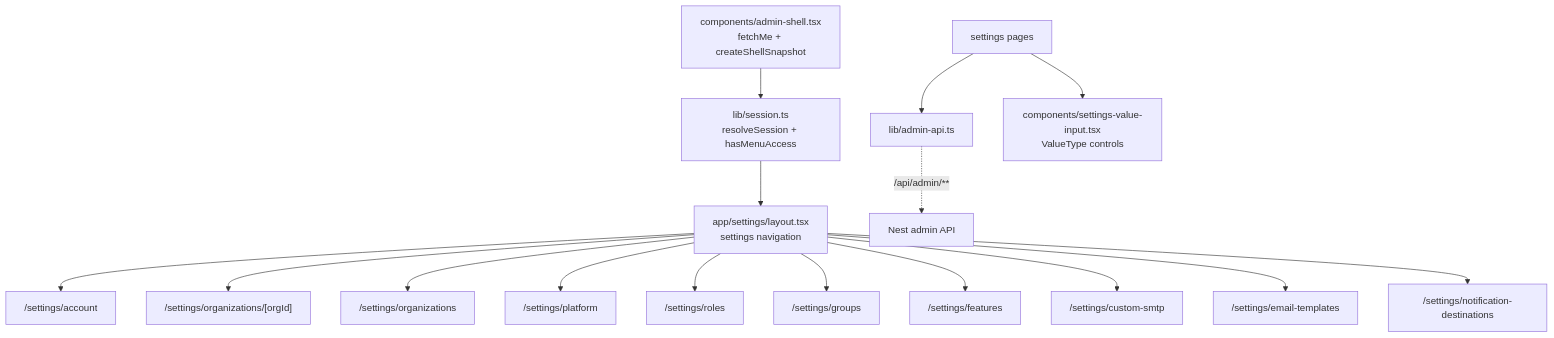
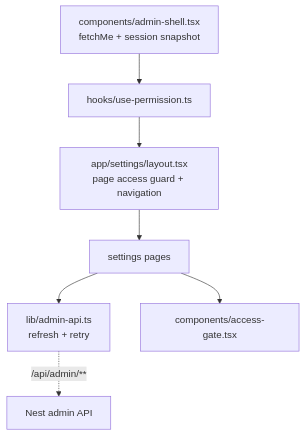
Before and after one commit to AyalaKaguya/hermes-swarm: the sixth of 6 diagrams in docs/current-module-reference-graph.md, drawn with Mermaid. The commit also changed other lines of this file and 13 other files, not shown here.

Commit message:
Rename permission decorators to access decorators

````diff
--- a/docs/current-module-reference-graph.md
+++ b/docs/current-module-reference-graph.md
@@ -256,19 +259,9 @@
 ```mermaid
 flowchart TB
-  AdminShell["components/admin-shell.tsx<br/>fetchMe + createShellSnapshot"] --> Session["lib/session.ts<br/>resolveSession + hasMenuAccess"]
-  Session --> SettingsLayout["app/settings/layout.tsx<br/>settings navigation"]
-  SettingsLayout --> Account["/settings/account"]
-  SettingsLayout --> OrgDetail["/settings/organizations/[orgId]"]
-  SettingsLayout --> OrgList["/settings/organizations"]
-  SettingsLayout --> Platform["/settings/platform"]
-  SettingsLayout --> Roles["/settings/roles"]
-  SettingsLayout --> Groups["/settings/groups"]
-  SettingsLayout --> Features["/settings/features"]
-  SettingsLayout --> Smtp["/settings/custom-smtp"]
-  SettingsLayout --> Templates["/settings/email-templates"]
-  SettingsLayout --> Notifications["/settings/notification-destinations"]
-
-  Pages["settings pages"] --> AdminApi["lib/admin-api.ts"]
+  AdminShell["components/admin-shell.tsx<br/>fetchMe + session snapshot"] --> PermissionHook["hooks/use-permission.ts"]
+  PermissionHook --> SettingsLayout["app/settings/layout.tsx<br/>page access guard + navigation"]
+  SettingsLayout --> Pages["settings pages"]
+  Pages --> AdminApi["lib/admin-api.ts<br/>refresh + retry"]
   AdminApi -. "/api/admin/**" .-> Api["Nest admin API"]
-  Pages --> ValueInput["components/settings-value-input.tsx<br/>ValueType controls"]
+  Pages --> AccessGate["components/access-gate.tsx"]
 ```
````
